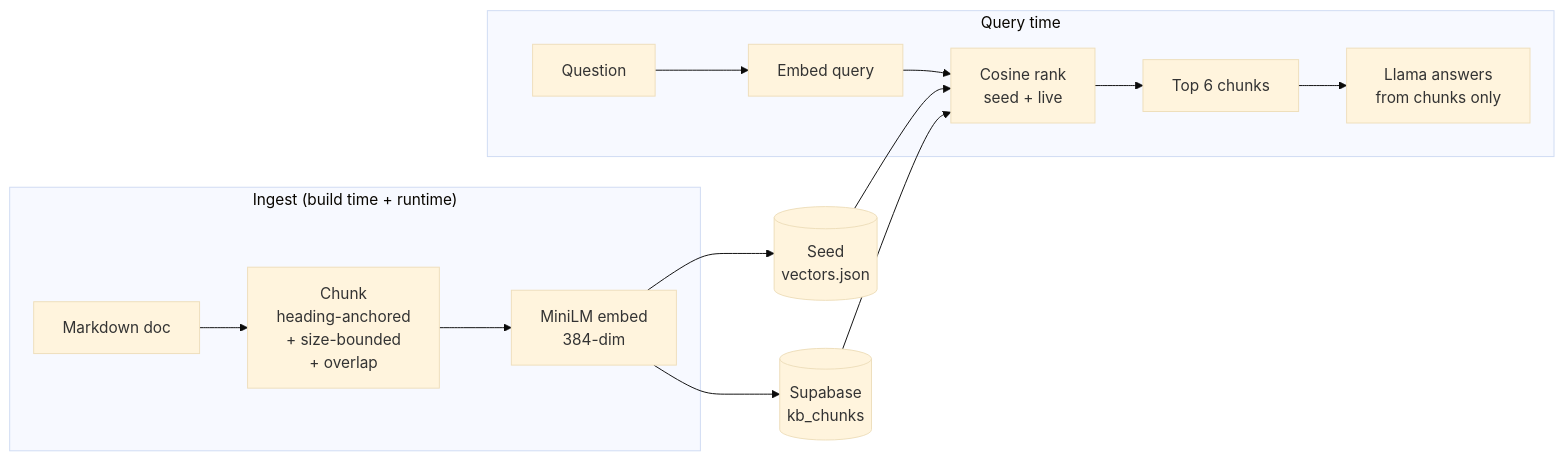
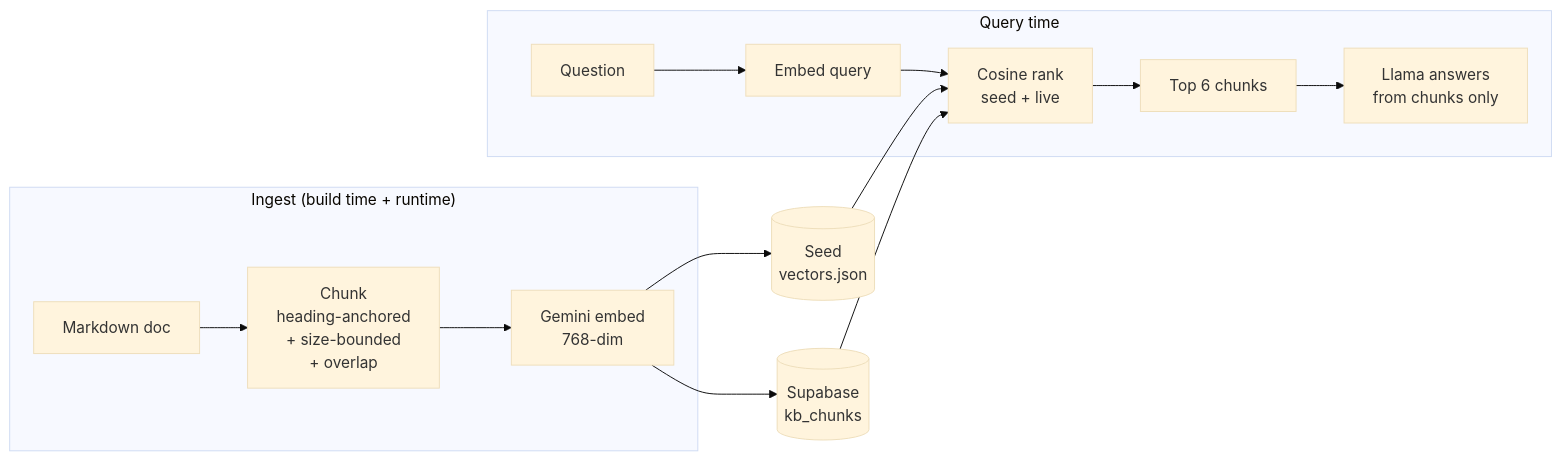
One commit to FSBM/voice-field-assistant changed the third of 4 diagrams in README.md. Above: the diagram before and after it, drawn with Mermaid (base theme). The commit also changed other lines of this file and 15 other files, not shown here.

````diff
--- a/README.md
+++ b/README.md
@@ -96,13 +96,13 @@
 ```mermaid
 flowchart LR
   subgraph Ingest["Ingest (build time + runtime)"]
-    DOC["Markdown doc"] --> CH["Chunk<br/>heading-anchored<br/>+ size-bounded<br/>+ overlap"] --> EM["MiniLM embed<br/>384-dim"]
+    DOC["Markdown doc"] --> CH["Chunk<br/>heading-anchored<br/>+ size-bounded<br/>+ overlap"] --> EM["Gemini embed<br/>768-dim"]
   end
   EM --> SEED[("Seed<br/>vectors.json")]
   EM --> LIVE[("Supabase<br/>kb_chunks")]
   subgraph Query["Query time"]
     Q["Question"] --> QE["Embed query"] --> COS["Cosine rank<br/>seed + live"] --> TOP["Top 6 chunks"] --> ANS["Llama answers<br/>from chunks only"]
   end
   SEED --> COS
   LIVE --> COS
 ```
````
